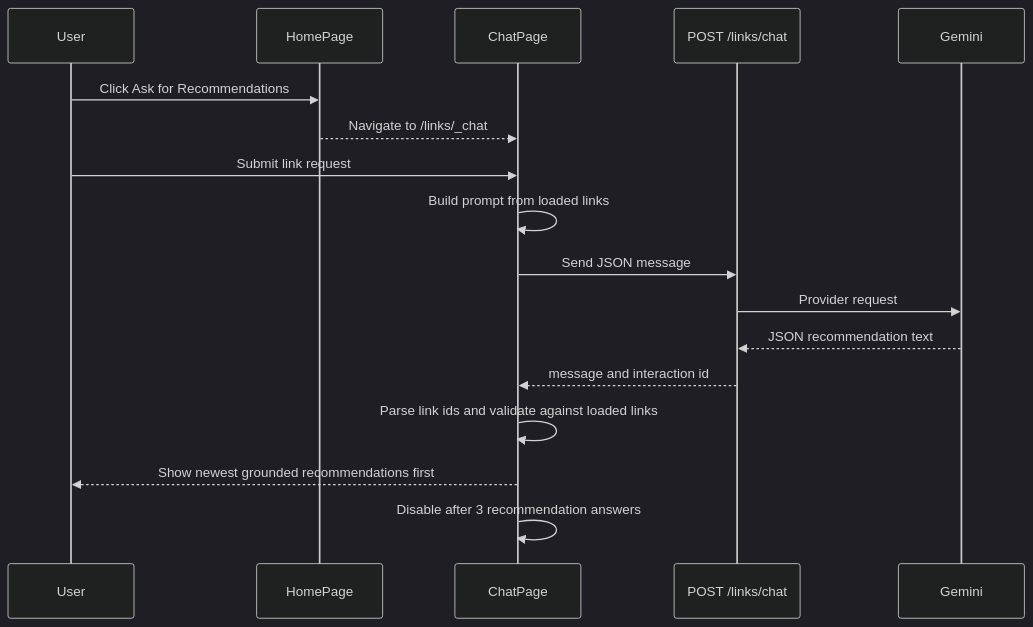
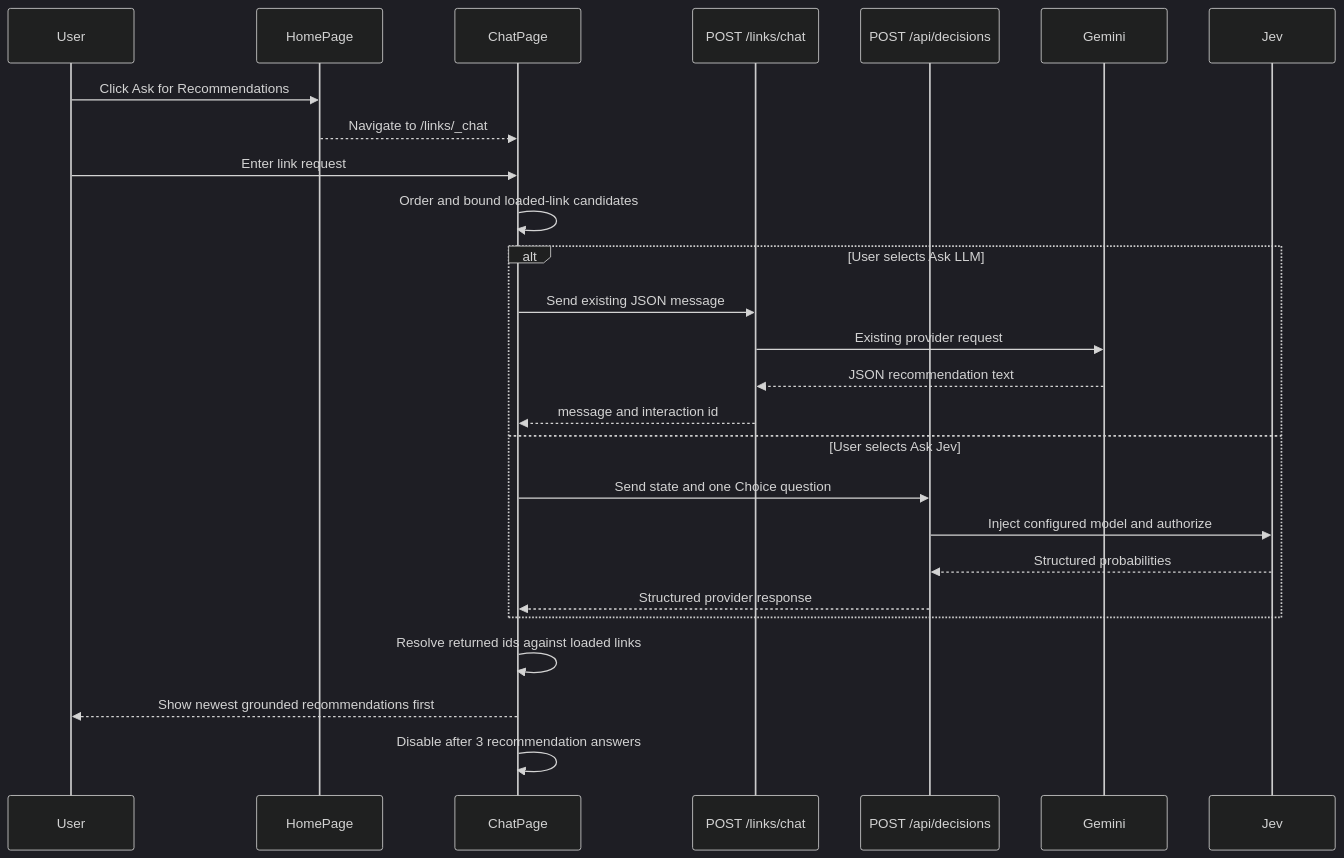
Before and after one commit to johnpfeiffer/links: the third of 7 diagrams in architecture.md, drawn with Mermaid (dark theme). The commit also changed other lines of this file and 17 other files, not shown here.

Commit message:
added a Ranked Recommendation button that uses system1 (jev) under the hood

````diff
--- a/architecture.md
+++ b/architecture.md
@@ -74,20 +80,29 @@
 ```mermaid
 sequenceDiagram
   participant User
   participant HomePage
   participant ChatPage
-  participant Worker as POST /links/chat
+  participant LLM as POST /links/chat
+  participant Decisions as POST /api/decisions
   participant Gemini
+  participant Jev
 
   User->>HomePage: Click Ask for Recommendations
   HomePage-->>ChatPage: Navigate to /links/_chat
-  User->>ChatPage: Submit link request
-  ChatPage->>ChatPage: Build prompt from loaded links
-  ChatPage->>Worker: Send JSON message
-  Worker->>Gemini: Provider request
-  Gemini-->>Worker: JSON recommendation text
-  Worker-->>ChatPage: message and interaction id
-  ChatPage->>ChatPage: Parse link ids and validate against loaded links
+  User->>ChatPage: Enter link request
+  ChatPage->>ChatPage: Order and bound loaded-link candidates
+  alt User selects Ask LLM
+    ChatPage->>LLM: Send existing JSON message
+    LLM->>Gemini: Existing provider request
+    Gemini-->>LLM: JSON recommendation text
+    LLM-->>ChatPage: message and interaction id
+  else User selects Ask Jev
+    ChatPage->>Decisions: Send state and one Choice question
+    Decisions->>Jev: Inject configured model and authorize
+    Jev-->>Decisions: Structured probabilities
+    Decisions-->>ChatPage: Structured provider response
+  end
+  ChatPage->>ChatPage: Resolve returned ids against loaded links
   ChatPage-->>User: Show newest grounded recommendations first
   ChatPage->>ChatPage: Disable after 3 recommendation answers
 ```
````
